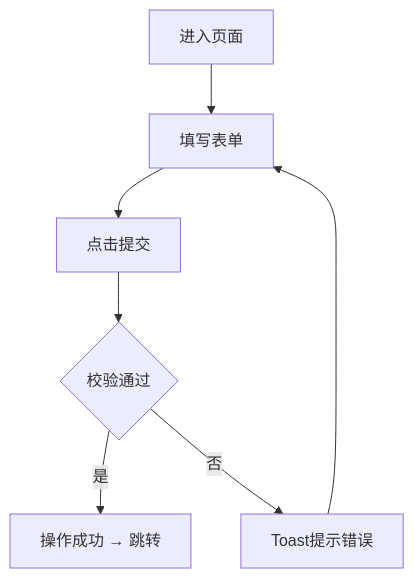
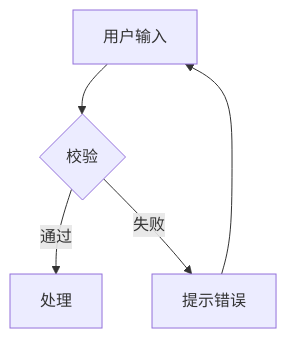
The third of 4 diagrams in rules/flowchart-rules.md (lyuxiaohei/prd-auto-generator), drawn with Mermaid before and after one commit. The commit also changed other lines of this file and 2 other files, not shown here.

First line of the commit message:
refactor: V0.52 集成diagram-design辅助技能，SKILL.md路由化，新增VERSIONING.md

````diff
--- a/rules/flowchart-rules.md
+++ b/rules/flowchart-rules.md
@@ -130,9 +226,7 @@
 ```mermaid
-flowchart TD
-    A[进入页面] --> B[填写表单]
-    B --> C[点击提交]
-    C --> D{校验通过}
-    D -->|是| E[操作成功 → 跳转]
-    D -->|否| F[Toast提示错误]
-    F --> B
+flowchart TB
+    Input[用户输入] --> Validate{校验}
+    Validate -->|通过| Process[处理]
+    Validate -->|失败| Error[提示错误]
+    Error --> Input
 ```
````
